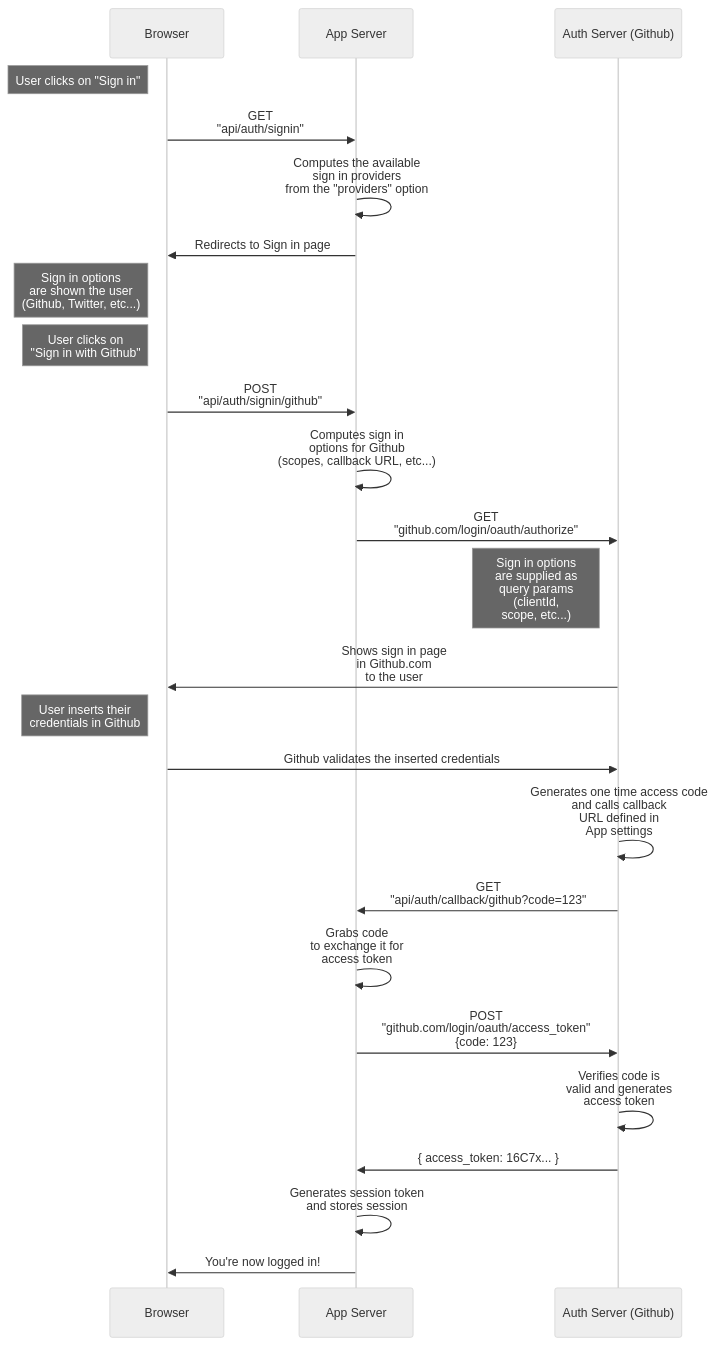
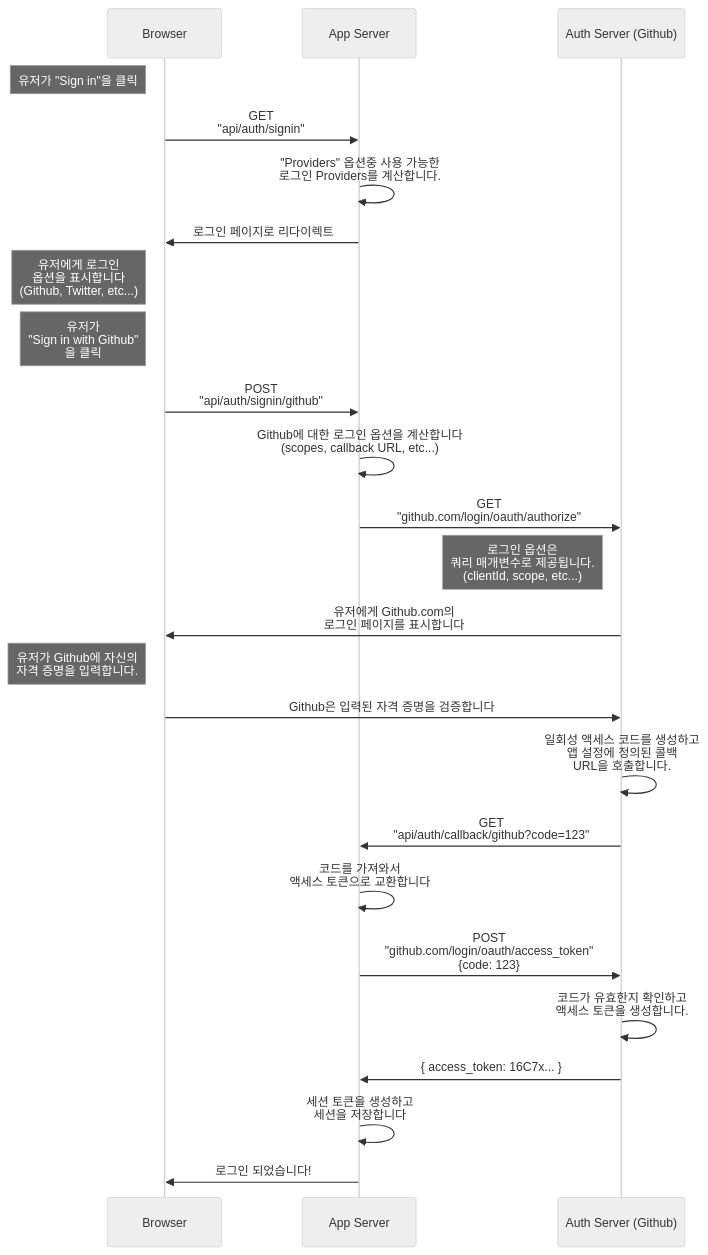
Before and after one commit to banggae2/nextauth_doc_korean: the diagram in docs/configuration/providers/OAuth.md, drawn with Mermaid (neutral theme).

Commit message:
diagrams 한국어로 번역

````diff
--- a/docs/configuration/providers/OAuth.md
+++ b/docs/configuration/providers/OAuth.md
@@ -26,24 +26,24 @@
 ```mermaid
 sequenceDiagram;
-    Note left of Browser: User clicks on "Sign in"
+    Note left of Browser: 유저가 "Sign in"을 클릭
     Browser ->> App Server: GET<br/>"api/auth/signin"
-    App Server ->> App Server: Computes the available<br/>sign in providers<br/>from the "providers" option
-    App Server ->> Browser: Redirects to Sign in page
-    Note left of Browser: Sign in options<br/>are shown the user<br/>(Github, Twitter, etc...)
-    Note left of Browser: User clicks on<br/>"Sign in with Github"
+    App Server ->> App Server: "Providers" 옵션중 사용 가능한<br/>로그인 Providers를 계산합니다.
+    App Server ->> Browser: 로그인 페이지로 리다이렉트
+    Note left of Browser: 유저에게 로그인<br/>옵션을 표시합니다<br/>(Github, Twitter, etc...)
+    Note left of Browser: 유저가<br/>"Sign in with Github"<br/>을 클릭
     Browser ->> App Server: POST<br/>"api/auth/signin/github"
-    App Server ->> App Server: Computes sign in<br/>options for Github<br/>(scopes, callback URL, etc...)
+    App Server ->> App Server: Github에 대한 로그인 옵션을 계산합니다<br/>(scopes, callback URL, etc...)
     App Server ->> Auth Server (Github): GET<br/>"github.com/login/oauth/authorize"
-    Note left of Auth Server (Github): Sign in options<br/>are supplied as<br/>query params<br/>(clientId,<br/>scope, etc...)
-    Auth Server (Github) ->> Browser: Shows sign in page<br/>in Github.com<br/>to the user
-    Note left of Browser: User inserts their<br/>credentials in Github
-    Browser ->> Auth Server (Github): Github validates the inserted credentials
-    Auth Server (Github) ->> Auth Server (Github): Generates one time access code<br/>and calls callback<br/>URL defined in<br/>App settings
+    Note left of Auth Server (Github): 로그인 옵션은<br/>쿼리 매개변수로 제공됩니다.<br/>(clientId, scope, etc...)
+    Auth Server (Github) ->> Browser: 유저에게 Github.com의<br/>로그인 페이지를 표시합니다
+    Note left of Browser: 유저가 Github에 자신의<br/>자격 증명을 입력합니다.
+    Browser ->> Auth Server (Github): Github은 입력된 자격 증명을 검증합니다
+    Auth Server (Github) ->> Auth Server (Github): 일회성 액세스 코드를 생성하고<br/>앱 설정에 정의된 콜백<br/>URL을 호출합니다.
     Auth Server (Github) ->> App Server: GET<br/>"api/auth/callback/github?code=123"
-    App Server ->> App Server: Grabs code<br/>to exchange it for<br/>access token
+    App Server ->> App Server: 코드를 가져와서<br/>액세스 토큰으로 교환합니다
     App Server ->> Auth Server (Github): POST<br/>"github.com/login/oauth/access_token"<br/>{code: 123}
-    Auth Server (Github) ->> Auth Server (Github): Verifies code is<br/>valid and generates<br/>access token
+    Auth Server (Github) ->> Auth Server (Github): 코드가 유효한지 확인하고 <br/>액세스 토큰을 생성합니다.
     Auth Server (Github) ->> App Server: { access_token: 16C7x... }
-    App Server ->> App Server: Generates session token<br/>and stores session
-    App Server ->> Browser: You're now logged in!
+    App Server ->> App Server: 세션 토큰을 생성하고<br/>세션을 저장합니다
+    App Server ->> Browser: 로그인 되었습니다!
 ```
````
